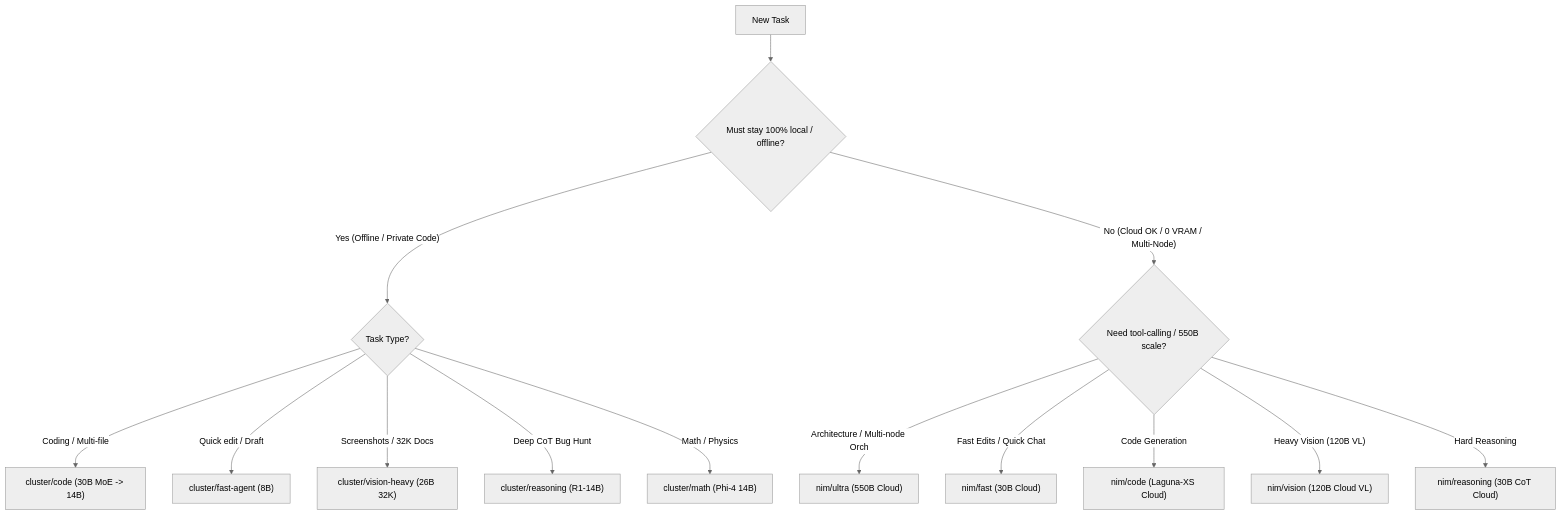
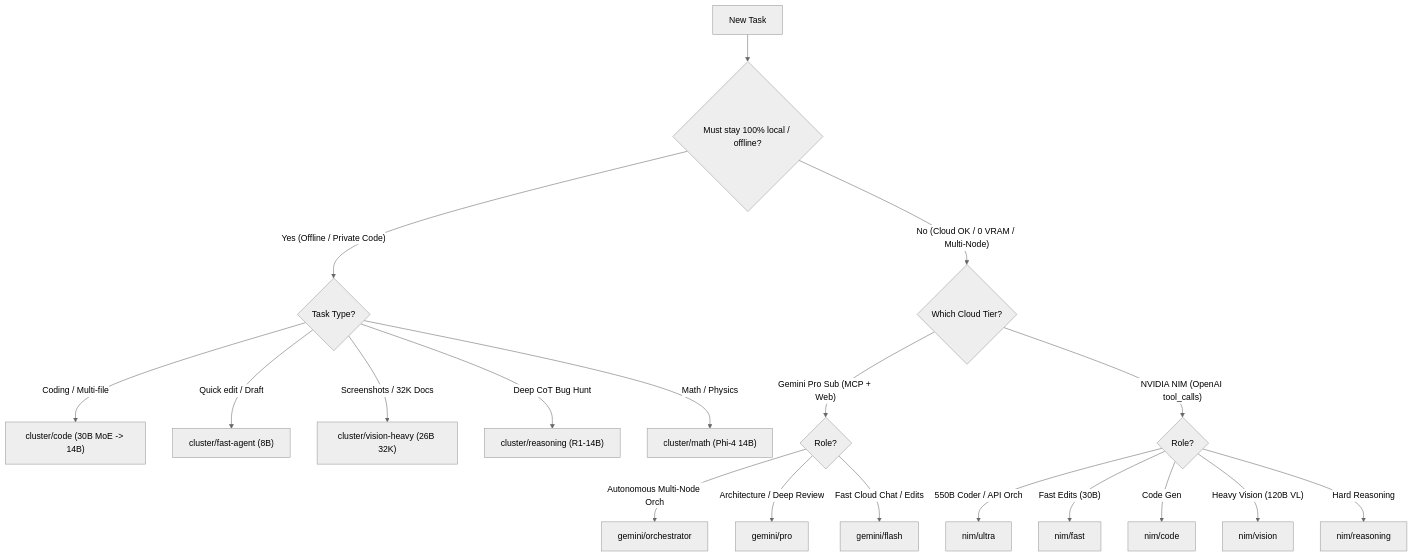
One commit to hvepo/cluster-hw-llm-optimization changed the diagram in docs/USER_GUIDE.md. Above: the diagram before and after it, drawn with Mermaid (neutral theme). The commit also changed other lines of this file and 14 other files, not shown here.

Commit message:
feat(gateway,clients): integrate Gemini Pro subscription (gemini/*) as Tier-3 cloud orchestrator

````diff
--- a/docs/USER_GUIDE.md
+++ b/docs/USER_GUIDE.md
@@ -34,17 +41,22 @@
 ```mermaid
 flowchart TD
     Task["New Task"] --> Privacy{"Must stay 100% local / offline?"}
     Privacy -- "Yes (Offline / Private Code)" --> LocalType{"Task Type?"}
     LocalType -- "Coding / Multi-file" --> LCode["cluster/code (30B MoE -> 14B)"]
     LocalType -- "Quick edit / Draft" --> LFast["cluster/fast-agent (8B)"]
     LocalType -- "Screenshots / 32K Docs" --> LVis["cluster/vision-heavy (26B 32K)"]
     LocalType -- "Deep CoT Bug Hunt" --> LReas["cluster/reasoning (R1-14B)"]
     LocalType -- "Math / Physics" --> LMath["cluster/math (Phi-4 14B)"]
 
-    Privacy -- "No (Cloud OK / 0 VRAM / Multi-Node)" --> CloudType{"Need tool-calling / 550B scale?"}
-    CloudType -- "Architecture / Multi-node Orch" --> NUltra["nim/ultra (550B Cloud)"]
-    CloudType -- "Fast Edits / Quick Chat" --> NFast["nim/fast (30B Cloud)"]
-    CloudType -- "Code Generation" --> NCode["nim/code (Laguna-XS Cloud)"]
-    CloudType -- "Heavy Vision (120B VL)" --> NVis["nim/vision (120B Cloud VL)"]
-    CloudType -- "Hard Reasoning" --> NReas["nim/reasoning (30B CoT Cloud)"]
+    Privacy -- "No (Cloud OK / 0 VRAM / Multi-Node)" --> CloudTier{"Which Cloud Tier?"}
+    CloudTier -- "Gemini Pro Sub (MCP + Web)" --> GemPick{"Role?"}
+    GemPick -- "Autonomous Multi-Node Orch" --> GOrch["gemini/orchestrator"]
+    GemPick -- "Architecture / Deep Review" --> GPro["gemini/pro"]
+    GemPick -- "Fast Cloud Chat / Edits" --> GFlash["gemini/flash"]
+    CloudTier -- "NVIDIA NIM (OpenAI tool_calls)" --> NIMPICK{"Role?"}
+    NIMPICK -- "550B Coder / API Orch" --> NUltra["nim/ultra"]
+    NIMPICK -- "Fast Edits (30B)" --> NFast["nim/fast"]
+    NIMPICK -- "Code Gen" --> NCode["nim/code"]
+    NIMPICK -- "Heavy Vision (120B VL)" --> NVis["nim/vision"]
+    NIMPICK -- "Hard Reasoning" --> NReas["nim/reasoning"]
 ```
````
